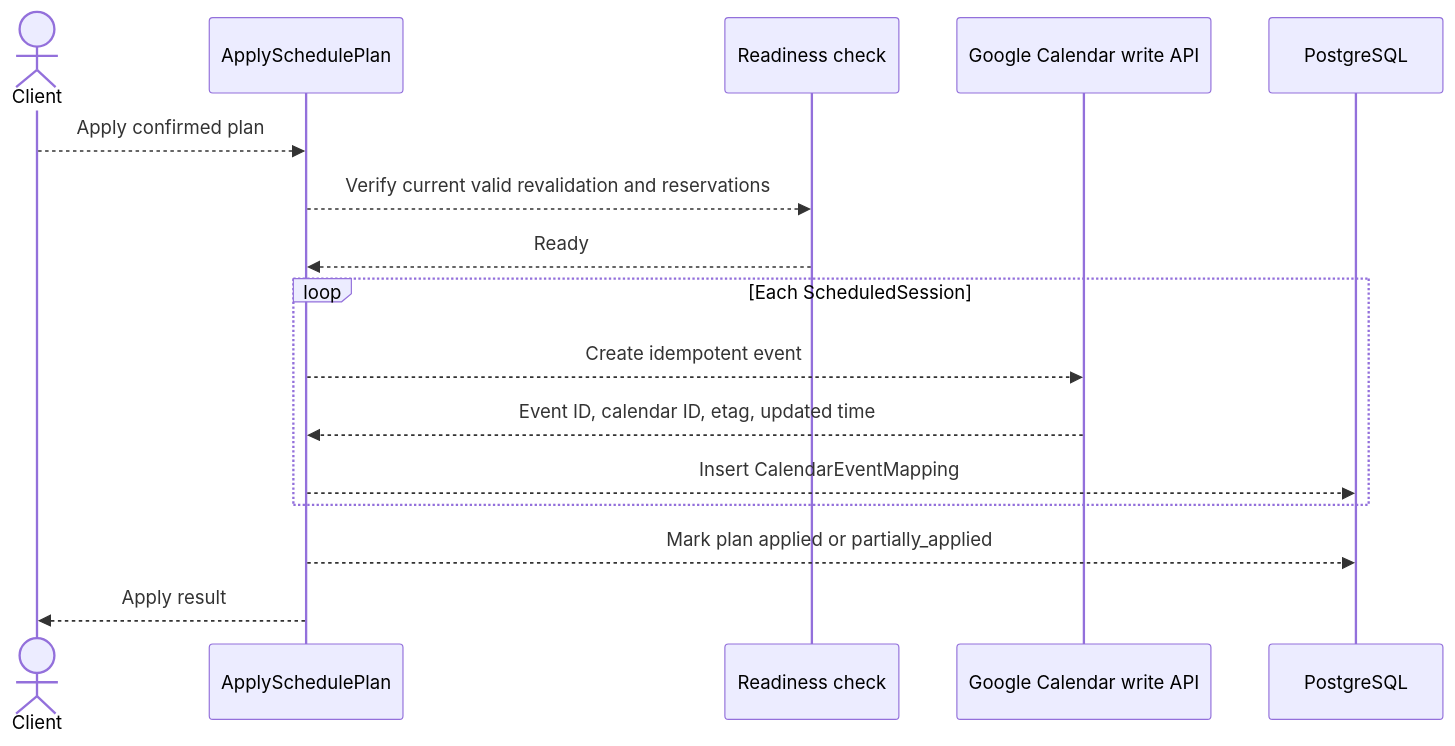
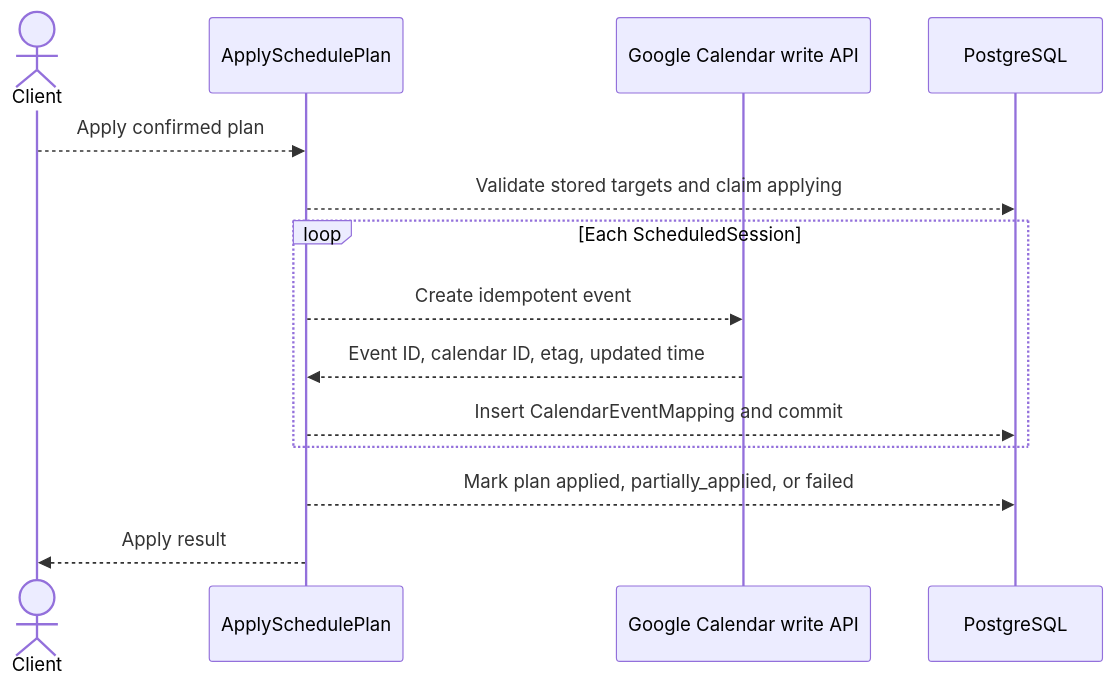
The fourth of 5 diagrams in docs/architecture/sequences.md (Polomoshnova/ai-calendar), drawn with Mermaid before and after one commit. The commit also changed other lines of this file and 24 other files, not shown here.

Commit message:
Implement ApplySchedulePlan

````diff
--- a/docs/architecture/sequences.md
+++ b/docs/architecture/sequences.md
@@ -98,19 +96,17 @@
 ```mermaid
 sequenceDiagram
     actor Client
     participant Apply as ApplySchedulePlan
-    participant Reval as Readiness check
     participant Google as Google Calendar write API
     participant DB as PostgreSQL
 
     Client-->>Apply: Apply confirmed plan
-    Apply-->>Reval: Verify current valid revalidation and reservations
-    Reval-->>Apply: Ready
+    Apply-->>DB: Validate stored targets and claim applying
     loop Each ScheduledSession
         Apply-->>Google: Create idempotent event
         Google-->>Apply: Event ID, calendar ID, etag, updated time
-        Apply-->>DB: Insert CalendarEventMapping
+        Apply-->>DB: Insert CalendarEventMapping and commit
     end
-    Apply-->>DB: Mark plan applied or partially_applied
+    Apply-->>DB: Mark plan applied, partially_applied, or failed
     Apply-->>Client: Apply result
 ```
````
